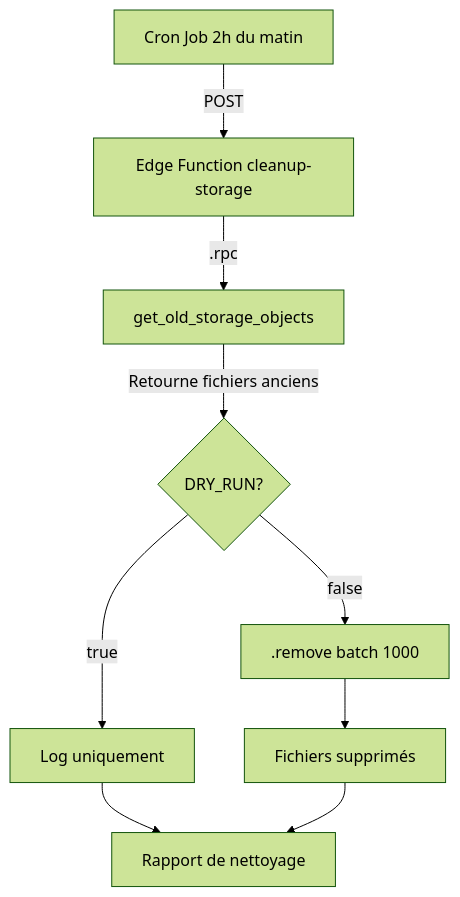
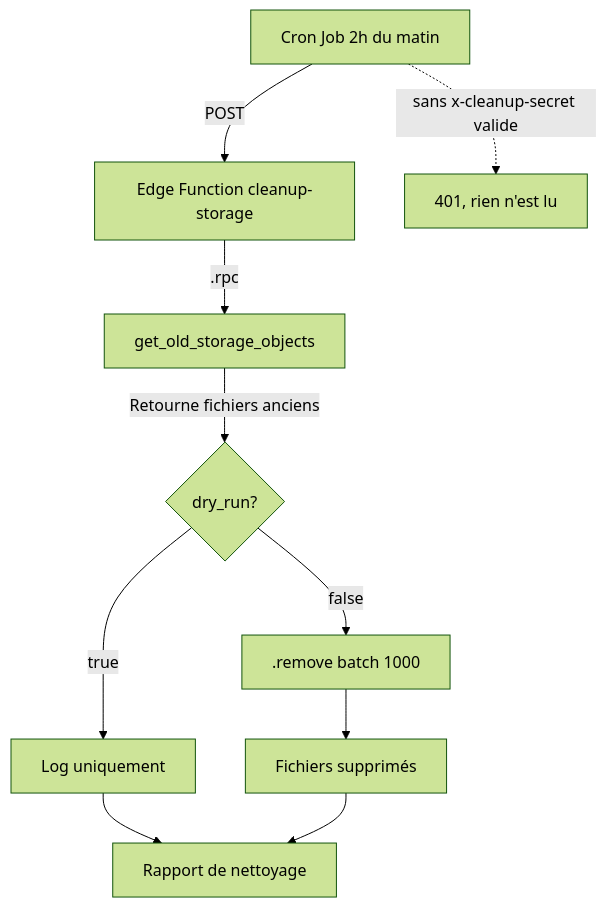
Before and after one commit to INVESTMALIN/fiche-logement_ia-githubcopilot-v1: the diagram in docs/📊 SUPABASE SPEC.md, drawn with Mermaid (forest theme). The commit also changed other lines of this file and 7 other files, not shown here.

First line of the commit message:
fix(cleanup-storage): secret partagé lu dans Vault et mode simulation (#105)

````diff
--- a/docs/📊 SUPABASE SPEC.md
+++ b/docs/📊 SUPABASE SPEC.md
@@ -500,11 +514,12 @@
 ```mermaid
 graph TD
     A[Cron Job 2h du matin] -->|POST| B[Edge Function cleanup-storage]
     B -->|.rpc| C[get_old_storage_objects]
-    C -->|Retourne fichiers anciens| D{DRY_RUN?}
+    A -.->|sans x-cleanup-secret valide| X[401, rien n'est lu]
+    C -->|Retourne fichiers anciens| D{dry_run?}
     D -->|true| E[Log uniquement]
     D -->|false| F[.remove batch 1000]
     F --> G[Fichiers supprimés]
     E --> H[Rapport de nettoyage]
     G --> H
 ```
````
